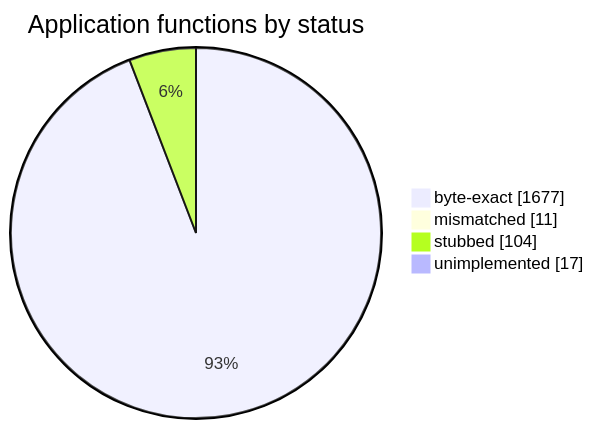
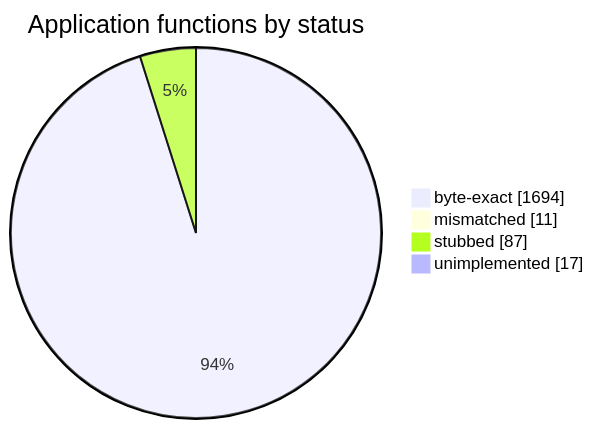
Before and after one commit to sorokya/eos: the diagram in README.md, drawn with Mermaid. The commit also changed other lines of this file and 3 other files, not shown here.

````diff
--- a/README.md
+++ b/README.md
@@ -154,8 +154,8 @@
 ```mermaid
 pie showData
     title Application functions by status
-    "byte-exact" : 1677
+    "byte-exact" : 1694
     "mismatched" : 11
-    "stubbed" : 104
+    "stubbed" : 87
     "unimplemented" : 17
 ```
````
